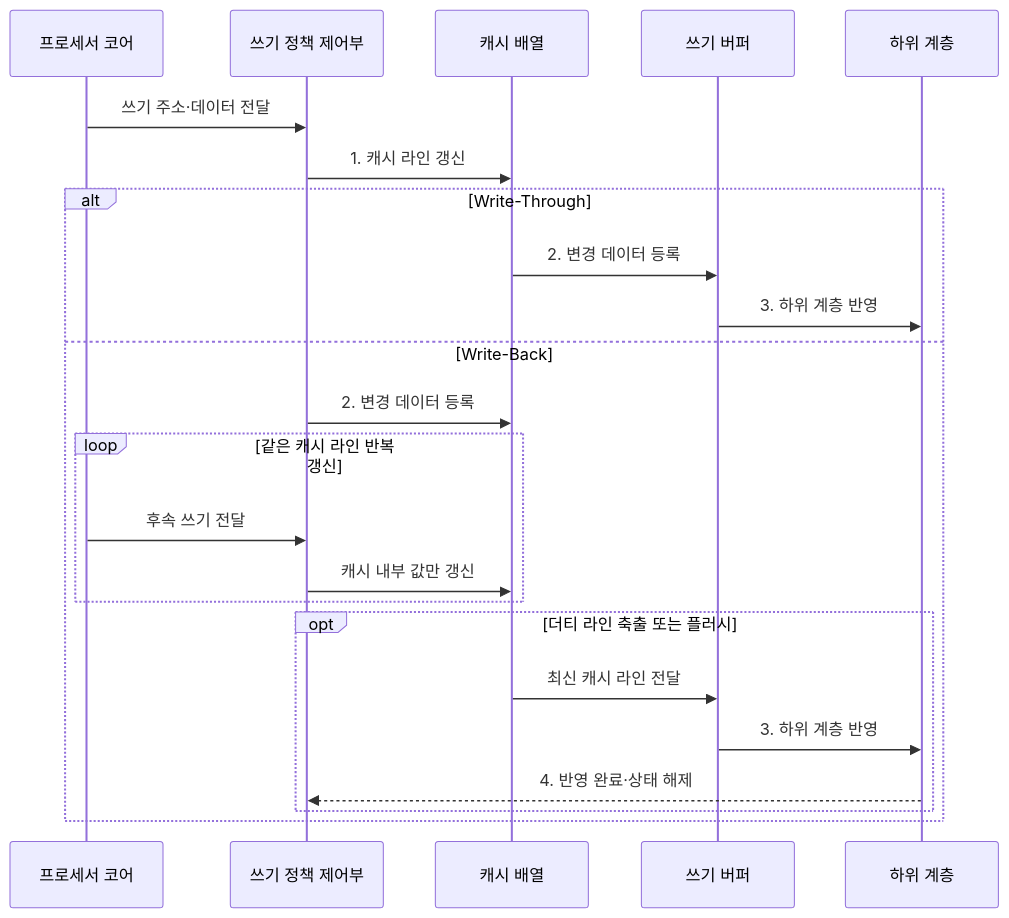
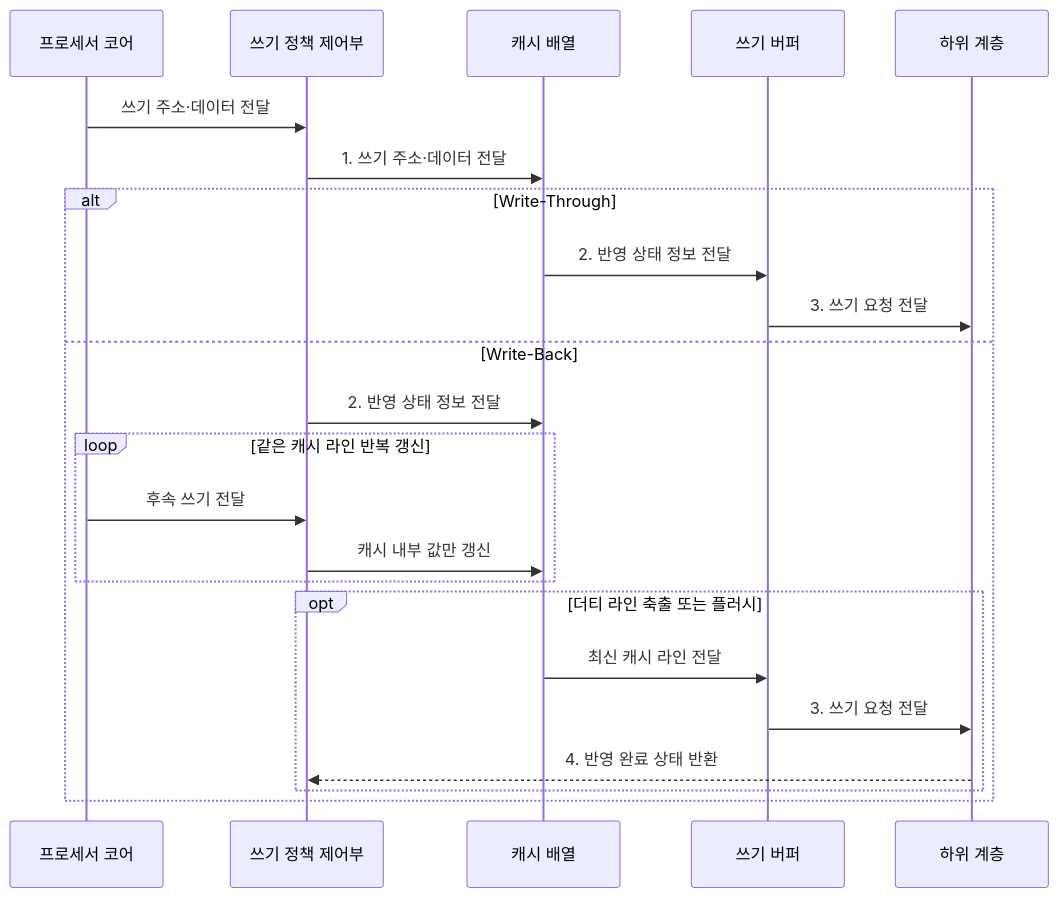
The second of 2 diagrams in src/content/docs/notes/02-hardware/013_cache_write_policy.md (agnusdei1207/knowledge-base), drawn with Mermaid before and after one commit. The commit also changed other lines of this file and 20 other files, not shown here.

````diff
--- a/src/content/docs/notes/02-hardware/013_cache_write_policy.md
+++ b/src/content/docs/notes/02-hardware/013_cache_write_policy.md
@@ -85,26 +83,26 @@
 ```mermaid
 sequenceDiagram
     participant C as 프로세서 코어
     participant P as 쓰기 정책 제어부
     participant A as 캐시 배열
     participant W as 쓰기 버퍼
     participant L as 하위 계층
 
     C->>P: 쓰기 주소·데이터 전달
-    P->>A: 1. 캐시 라인 갱신
+    P->>A: 1. 쓰기 주소·데이터 전달
     alt Write-Through
-        A->>W: 2. 변경 데이터 등록
-        W->>L: 3. 하위 계층 반영
+        A->>W: 2. 반영 상태 정보 전달
+        W->>L: 3. 쓰기 요청 전달
     else Write-Back
-        P->>A: 2. 변경 데이터 등록
+        P->>A: 2. 반영 상태 정보 전달
         loop 같은 캐시 라인 반복 갱신
             C->>P: 후속 쓰기 전달
             P->>A: 캐시 내부 값만 갱신
         end
         opt 더티 라인 축출 또는 플러시
             A->>W: 최신 캐시 라인 전달
-            W->>L: 3. 하위 계층 반영
-            L-->>P: 4. 반영 완료·상태 해제
+            W->>L: 3. 쓰기 요청 전달
+            L-->>P: 4. 반영 완료 상태 반환
         end
     end
 ```
````
